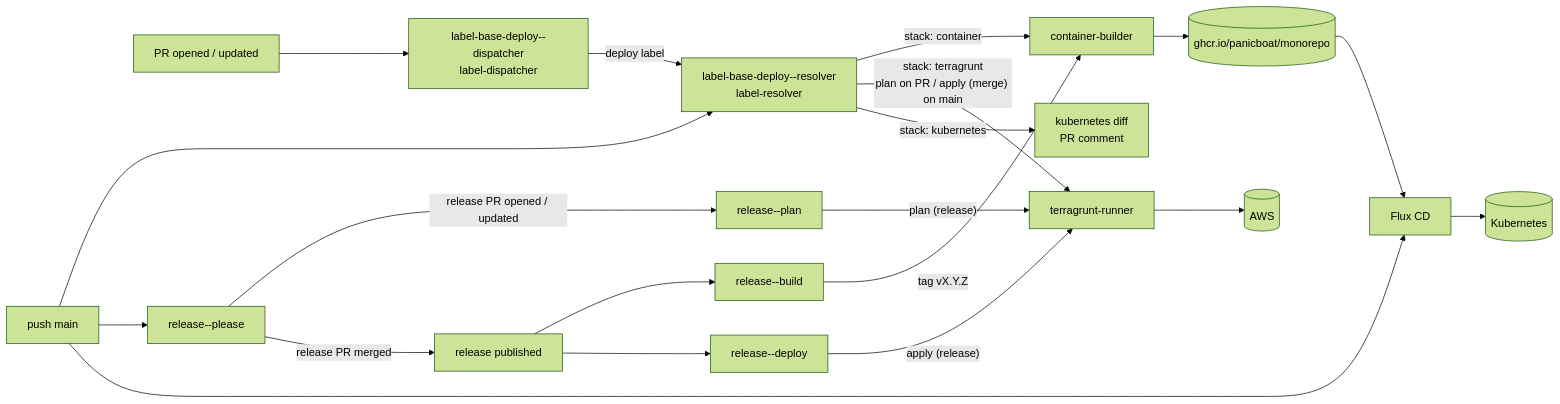
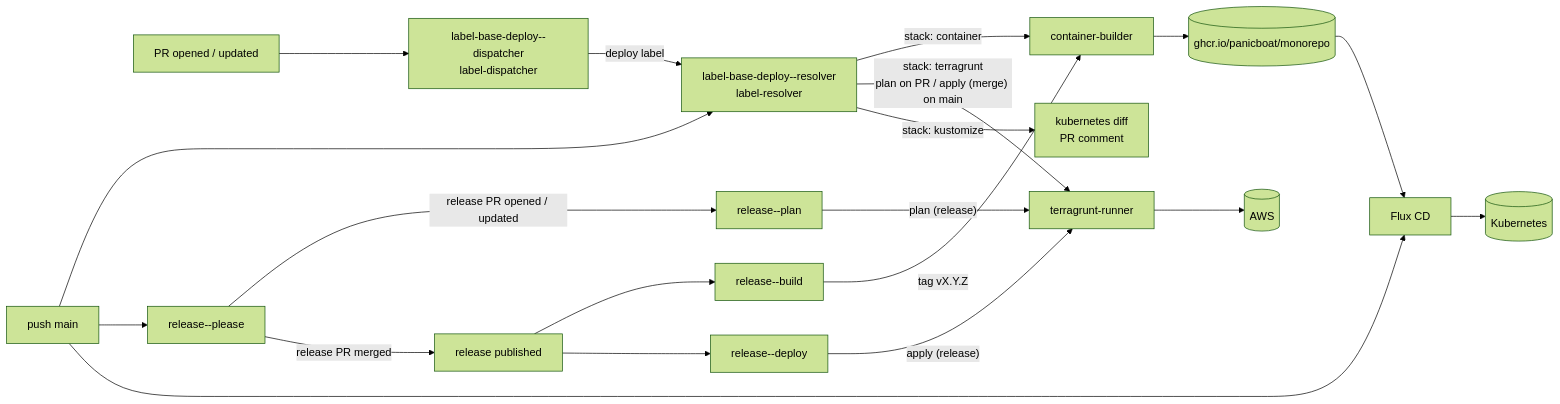
One commit to panicboat/monorepo changed the second of 2 diagrams in README-ja.md. Above: the diagram before and after it, drawn with Mermaid (forest theme). The commit also changed other lines of this file and 26 other files, not shown here.

````diff
--- a/README-ja.md
+++ b/README-ja.md
@@ -48,22 +48,22 @@
 ```mermaid
 flowchart LR
   PR[PR opened / updated] --> Dispatcher[label-base-deploy--dispatcher<br/>label-dispatcher]
   Dispatcher -->|deploy label| Resolver[label-base-deploy--resolver<br/>label-resolver]
   Main[push main] --> Resolver
   Main --> Please[release--please]
   Please -->|release PR opened / updated| Plan[release--plan]
   Please -->|release PR merged| Published[release published]
   Published --> Build[release--build]
   Published --> Deploy[release--deploy]
   Resolver -->|stack: container| Builder[container-builder]
   Resolver -->|"stack: terragrunt<br/>plan on PR / apply (merge) on main"| Terragrunt[terragrunt-runner]
-  Resolver -->|stack: kubernetes| Diff[kubernetes diff<br/>PR comment]
+  Resolver -->|stack: kustomize| Diff[kubernetes diff<br/>PR comment]
   Plan -->|"plan (release)"| Terragrunt
   Deploy -->|"apply (release)"| Terragrunt
   Build -->|tag vX.Y.Z| Builder
   Builder --> GHCR[(ghcr.io/panicboat/monorepo)]
   Terragrunt --> AWS[(AWS)]
   GHCR --> Flux[Flux CD]
   Main --> Flux
   Flux --> K8s[(Kubernetes)]
 ```
````
